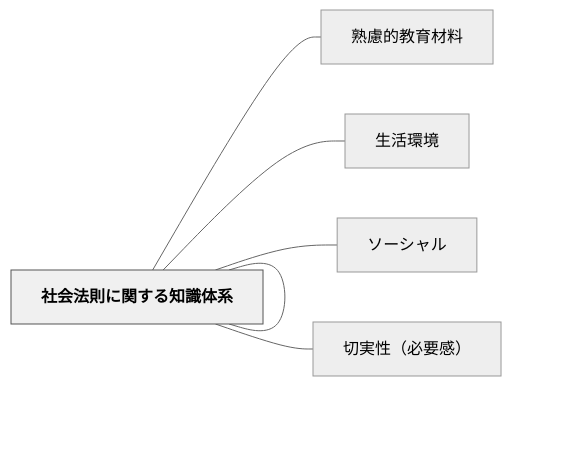
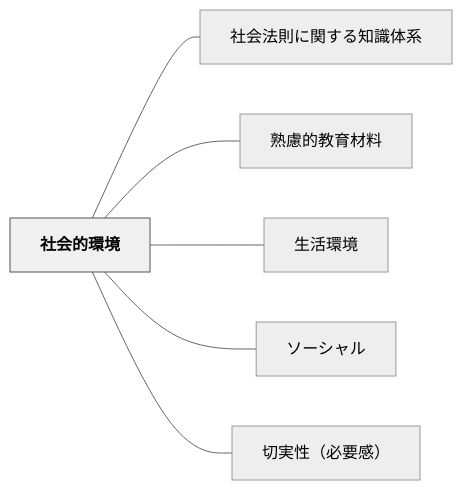
One commit to unknownthings-ed-patterns/unknownthings-ed-patterns changed the diagram in content/パタン/社会的環境.md. Above: the diagram before and after it, drawn with Mermaid (neutral theme). The commit also changed 527 other files, not shown here.

````diff
--- a/content/パタン/社会的環境.md
+++ b/content/パタン/社会的環境.md
@@ -46,18 +46,18 @@
 ```mermaid
 flowchart LR
-    ne7a4bee4bc9a["社会的環境"]
-    ne7a4bee4bc9a["社会法則に関する知識体系"]
-    ne7869fe685ae["熟慮的教育材料"]
-    ne7949fe6b4bb["生活環境"]
-    ne382bde383bc["ソーシャル"]
-    ne58887e5ae9f["切実性（必要感）"]
+    ne7a4bee4bc9ae79a84e792b0e5a283["社会的環境"]
+    ne7a4bee4bc9ae6b395e58987e381abe996a2e38199e3828be79fa5e8ad98e4bd93e7b3bb["社会法則に関する知識体系"]
+    ne7869fe685aee79a84e69599e882b2e69d90e69699["熟慮的教育材料"]
+    ne7949fe6b4bbe792b0e5a283["生活環境"]
+    ne382bde383bce382b7e383a3e383ab["ソーシャル"]
+    ne58887e5ae9fe680a7efbc88e5bf85e8a681e6849fefbc89["切実性（必要感）"]
 
-    ne7a4bee4bc9a --- ne7a4bee4bc9a
-    ne7a4bee4bc9a --- ne7869fe685ae
-    ne7a4bee4bc9a --- ne7949fe6b4bb
-    ne7a4bee4bc9a --- ne382bde383bc
-    ne7a4bee4bc9a --- ne58887e5ae9f
+    ne7a4bee4bc9ae79a84e792b0e5a283 --- ne7a4bee4bc9ae6b395e58987e381abe996a2e38199e3828be79fa5e8ad98e4bd93e7b3bb
+    ne7a4bee4bc9ae79a84e792b0e5a283 --- ne7869fe685aee79a84e69599e882b2e69d90e69699
+    ne7a4bee4bc9ae79a84e792b0e5a283 --- ne7949fe6b4bbe792b0e5a283
+    ne7a4bee4bc9ae79a84e792b0e5a283 --- ne382bde383bce382b7e383a3e383ab
+    ne7a4bee4bc9ae79a84e792b0e5a283 --- ne58887e5ae9fe680a7efbc88e5bf85e8a681e6849fefbc89
 
     classDef hub fill:#f0f0f0,stroke:#555,color:#000,font-weight:bold
-    class ne7a4bee4bc9a hub
+    class ne7a4bee4bc9ae79a84e792b0e5a283 hub
 ```
````
